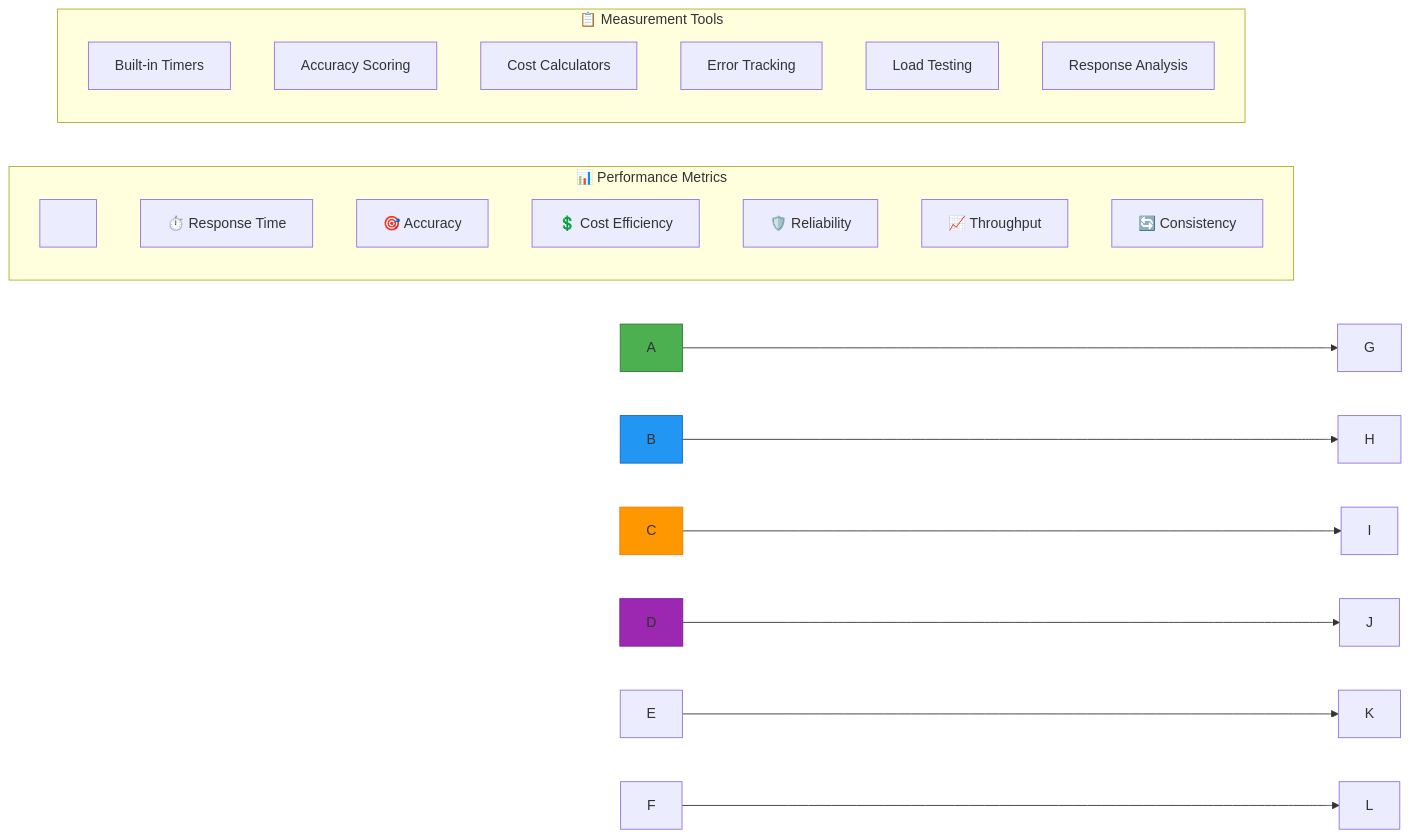
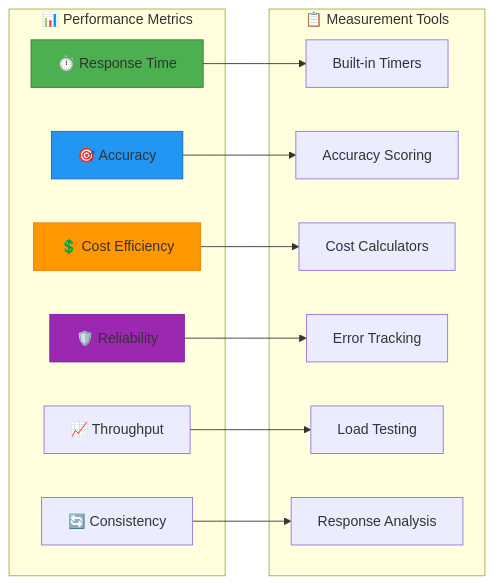
Before and after one commit to dhruvsh1997/LiteLLM-Experiments: the seventh of 8 diagrams in README.MD, drawn with Mermaid. The commit also changed other lines of this file, not shown here.

````diff
--- a/README.MD
+++ b/README.MD
@@ -865,63 +443,32 @@
 ```mermaid
-
 graph LR
-
-&nbsp;   subgraph "📊 Performance Metrics"
-
-&nbsp;       A\[⏱️ Response Time]
-
-&nbsp;       B\[🎯 Accuracy]
-
-&nbsp;       C\[💲 Cost Efficiency]
-
-&nbsp;       D\[🛡️ Reliability]
-
-&nbsp;       E\[📈 Throughput]
-
-&nbsp;       F\[🔄 Consistency]
-
-&nbsp;   end
-
-&nbsp;   
-
-&nbsp;   subgraph "📋 Measurement Tools"
-
-&nbsp;       G\[Built-in Timers]
-
-&nbsp;       H\[Accuracy Scoring]
-
-&nbsp;       I\[Cost Calculators]
-
-&nbsp;       J\[Error Tracking]
-
-&nbsp;       K\[Load Testing]
-
-&nbsp;       L\[Response Analysis]
-
-&nbsp;   end
-
-&nbsp;   
-
-&nbsp;   A --> G
-
-&nbsp;   B --> H
-
-&nbsp;   C --> I
-
-&nbsp;   D --> J
-
-&nbsp;   E --> K
-
-&nbsp;   F --> L
-
-&nbsp;   
-
-&nbsp;   style A fill:#4CAF50,stroke:#2E7D32
-
-&nbsp;   style B fill:#2196F3,stroke:#1565C0
-
-&nbsp;   style C fill:#FF9800,stroke:#F57C00
-
-&nbsp;   style D fill:#9C27B0,stroke:#7B1FA2
-
+    subgraph "📊 Performance Metrics"
+        A[⏱️ Response Time]
+        B[🎯 Accuracy]
+        C[💲 Cost Efficiency]
+        D[🛡️ Reliability]
+        E[📈 Throughput]
+        F[🔄 Consistency]
+    end
+    
+    subgraph "📋 Measurement Tools"
+        G[Built-in Timers]
+        H[Accuracy Scoring]
+        I[Cost Calculators]
+        J[Error Tracking]
+        K[Load Testing]
+        L[Response Analysis]
+    end
+    
+    A --> G
+    B --> H
+    C --> I
+    D --> J
+    E --> K
+    F --> L
+    
+    style A fill:#4CAF50,stroke:#2E7D32
+    style B fill:#2196F3,stroke:#1565C0
+    style C fill:#FF9800,stroke:#F57C00
+    style D fill:#9C27B0,stroke:#7B1FA2
 ```
````
